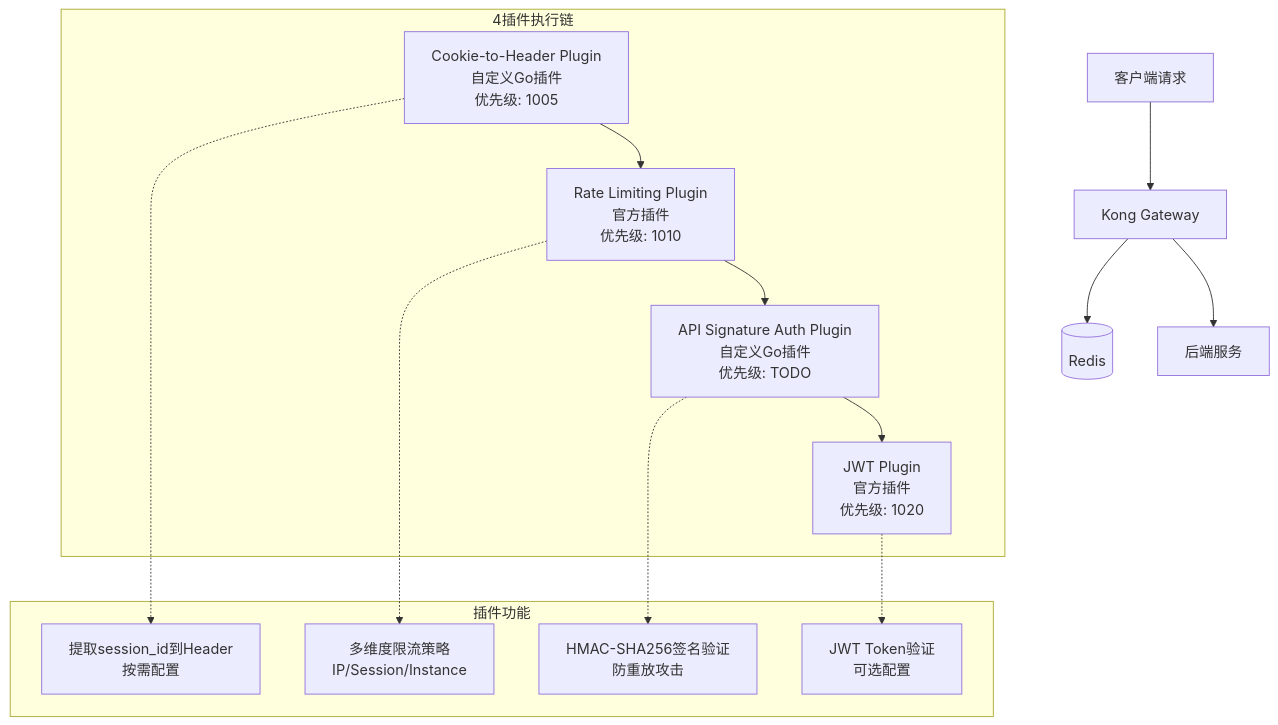
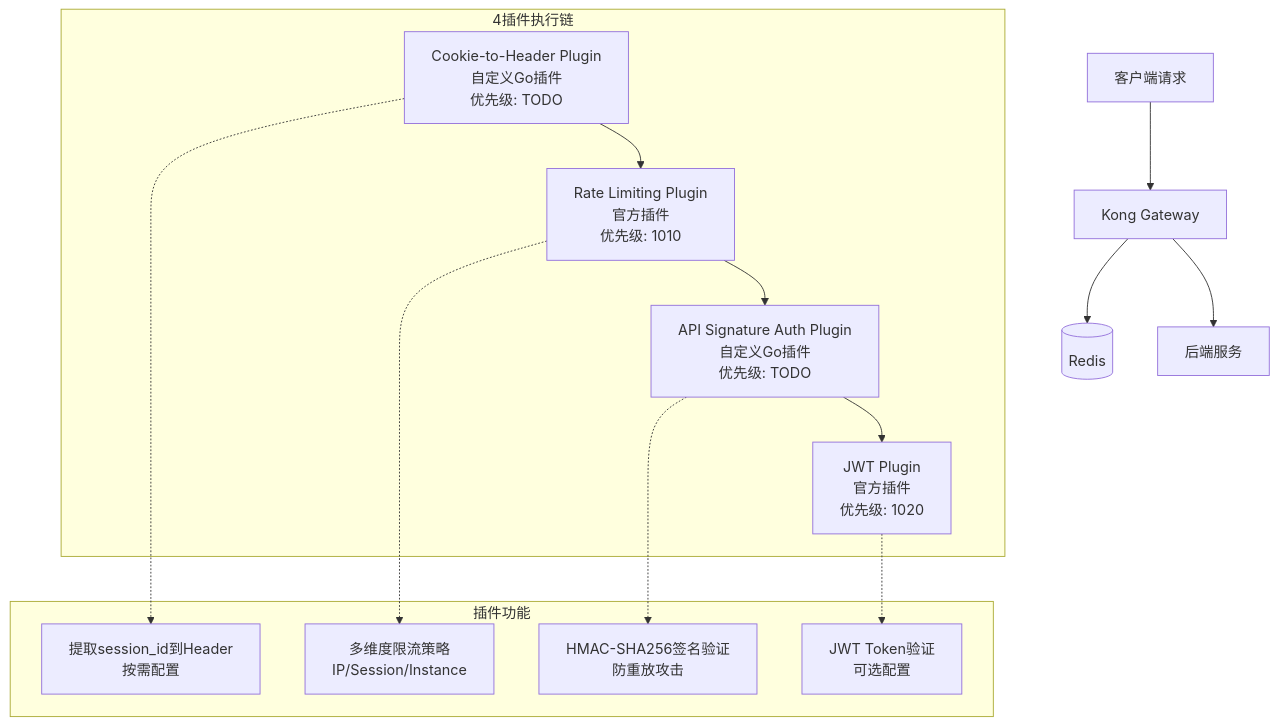
The diagram in all/未命名-7.md (yingjianzh/iodraw-files), drawn with Mermaid before and after one commit.

Commit message:
2025-11-19 15:05:25 update

````diff
--- a/all/未命名-7.md
+++ b/all/未命名-7.md
@@ -1,25 +1,25 @@
 ```mermaid
 graph TB
     Client[客户端请求] --> Kong[Kong Gateway]
 
     subgraph "4插件执行链"
-        A[Cookie-to-Header Plugin<br/>自定义Go插件<br/>优先级: 1005] --> B[Rate Limiting Plugin<br/>官方插件<br/>优先级: 1010]
+        A[Cookie-to-Header Plugin<br/>自定义Go插件<br/>优先级: TODO] --> B[Rate Limiting Plugin<br/>官方插件<br/>优先级: 1010]
         B --> C[API Signature Auth Plugin<br/>自定义Go插件<br/>优先级: TODO]
         C --> D[JWT Plugin<br/>官方插件<br/>优先级: 1020]
     end
 
     Kong --> Redis[(Redis)]
     Kong --> Backend[后端服务]
 
     subgraph "插件功能"
         A1[提取session_id到Header<br/>按需配置]
         B1[多维度限流策略<br/>IP/Session/Instance]
         C1[HMAC-SHA256签名验证<br/>防重放攻击]
         D1[JWT Token验证<br/>可选配置]
     end
 
     A -.-> A1
     B -.-> B1
     C -.-> C1
     D -.-> D1
 ```
````
